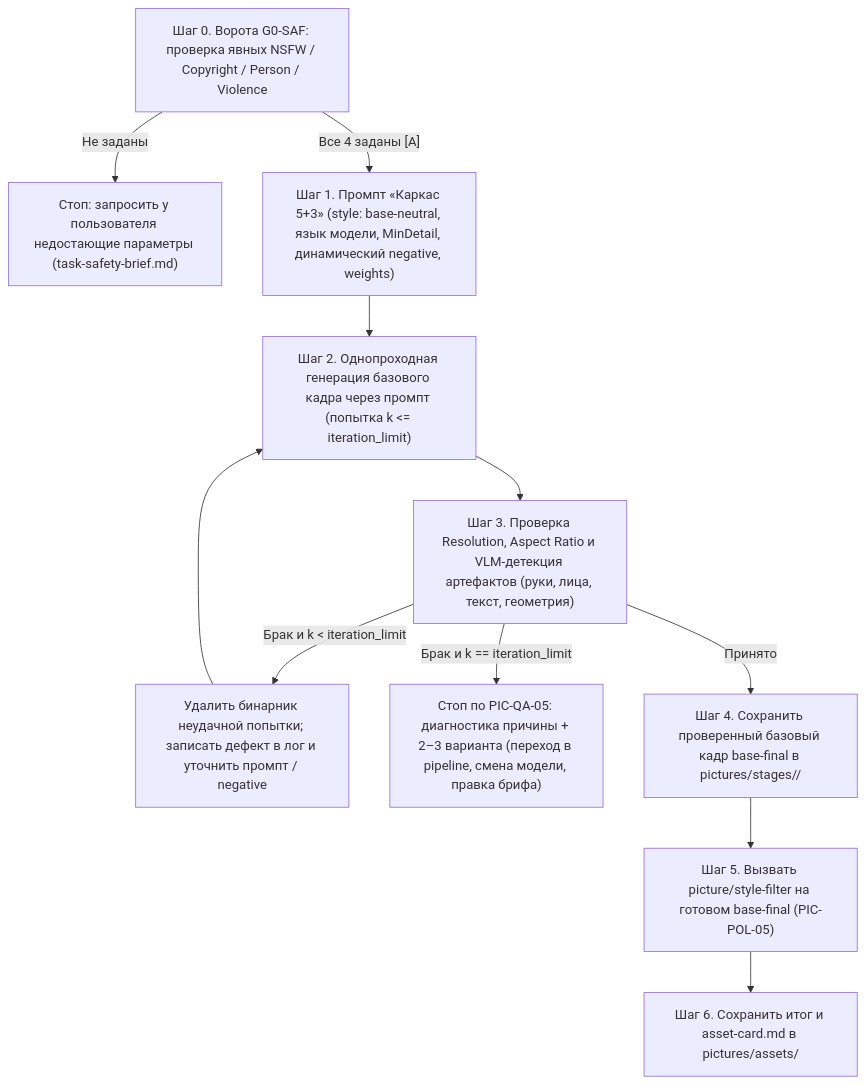
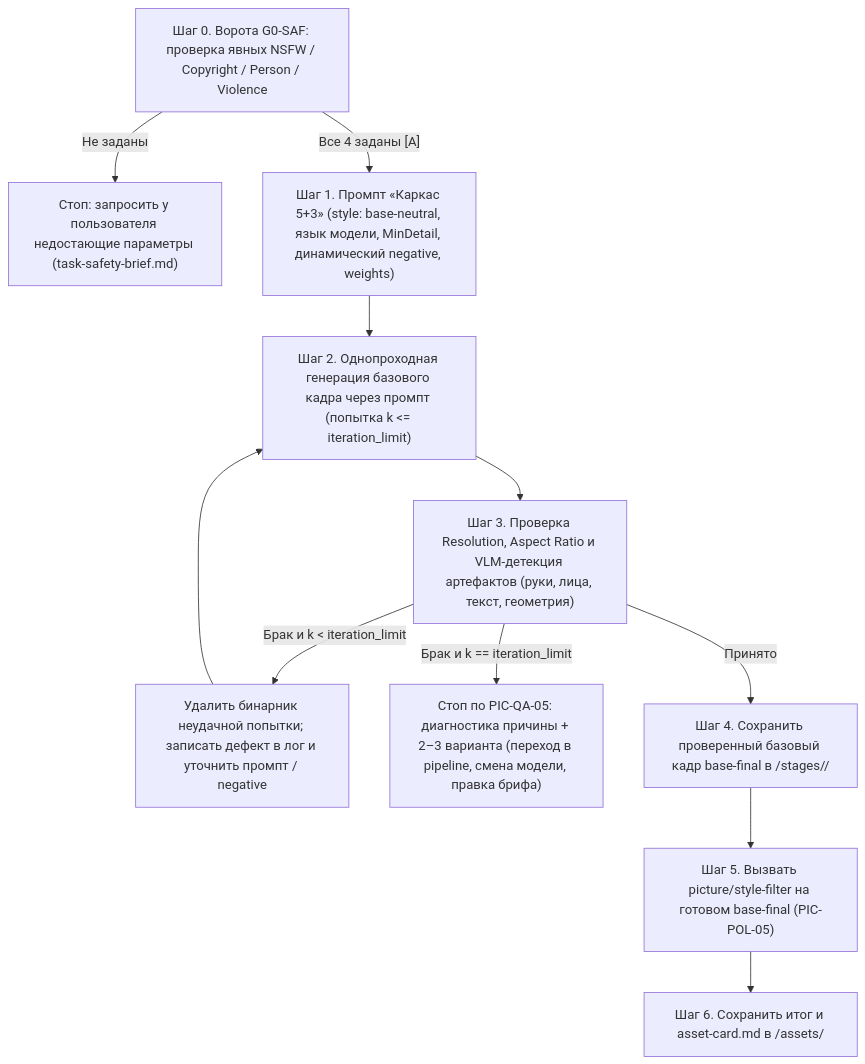
Before and after one commit to Multfinite/HYAI: the diagram in HYAI/core/domains/picture/workflows/instant.md, drawn with Mermaid. The commit also changed other lines of this file and 50 other files, not shown here.

Commit message:
Relocate picture data root into domain and isolate submodule paths

````diff
--- a/HYAI/core/domains/picture/workflows/instant.md
+++ b/HYAI/core/domains/picture/workflows/instant.md
@@ -16,13 +16,13 @@
 ```mermaid
 flowchart TD
     G0["Шаг 0. Ворота G0-SAF: проверка явных NSFW / Copyright / Person / Violence"] -->|"Не заданы"| ASK["Стоп: запросить у пользователя недостающие параметры (task-safety-brief.md)"]
     G0 -->|"Все 4 заданы [А]"| P1["Шаг 1. Промпт «Каркас 5+3» (style: base-neutral, язык модели, MinDetail, динамический negative, weights)"]
     P1 --> GEN["Шаг 2. Однопроходная генерация базового кадра через промпт (попытка k <= iteration_limit)"]
     GEN --> VLM["Шаг 3. Проверка Resolution, Aspect Ratio и VLM-детекция артефактов (руки, лица, текст, геометрия)"]
     VLM -->|"Брак и k < iteration_limit"| DEL["Удалить бинарник неудачной попытки; записать дефект в лог и уточнить промпт / negative"]
     DEL --> GEN
     VLM -->|"Брак и k == iteration_limit"| HALT["Стоп по PIC-QA-05: диагностика причины + 2–3 варианта (переход в pipeline, смена модели, правка брифа)"]
-    VLM -->|"Принято"| SAVE_BASE["Шаг 4. Сохранить проверенный базовый кадр base-final в pictures/stages/<slug>/"]
+    VLM -->|"Принято"| SAVE_BASE["Шаг 4. Сохранить проверенный базовый кадр base-final в <picture_root>/stages/<slug>/"]
     SAVE_BASE --> STYLE["Шаг 5. Вызвать picture/style-filter на готовом base-final (PIC-POL-05)"]
-    STYLE --> ASSET["Шаг 6. Сохранить итог и asset-card.md в pictures/assets/"]
+    STYLE --> ASSET["Шаг 6. Сохранить итог и asset-card.md в <picture_root>/assets/"]
 ```
````
